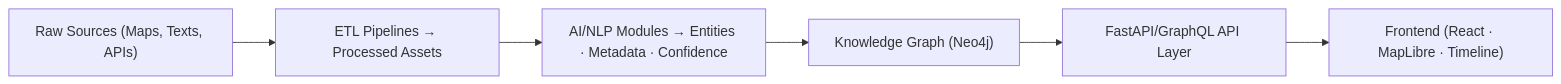
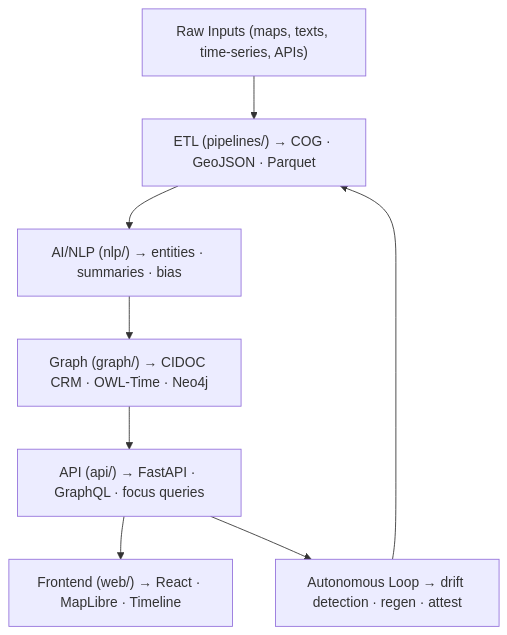
One commit to bartytime4life/Kansas-Frontier-Matrix changed the diagram in src/README.md. Above: the diagram before and after it, drawn with Mermaid. The commit also changed other lines of this file, not shown here.

````diff
--- a/src/README.md
+++ b/src/README.md
@@ -108,11 +111,13 @@
 ```mermaid
-flowchart LR
-  A["Raw Sources (Maps, Texts, APIs)"]
-  B["ETL Pipelines → Processed Assets"]
-  C["AI/NLP Modules → Entities · Metadata · Confidence"]
-  D["Knowledge Graph (Neo4j)"]
-  E["FastAPI/GraphQL API Layer"]
-  F["Frontend (React · MapLibre · Timeline)"]
+flowchart TD
+  A["Raw Inputs (maps, texts, time-series, APIs)"]
+  B["ETL (pipelines/) → COG · GeoJSON · Parquet"]
+  C["AI/NLP (nlp/) → entities · summaries · bias"]
+  D["Graph (graph/) → CIDOC CRM · OWL-Time · Neo4j"]
+  E["API (api/) → FastAPI · GraphQL · focus queries"]
+  F["Frontend (web/) → React · MapLibre · Timeline"]
+  G["Autonomous Loop → drift detection · regen · attest"]
 
   A --> B --> C --> D --> E --> F
+  E --> G --> B
 ```
````
